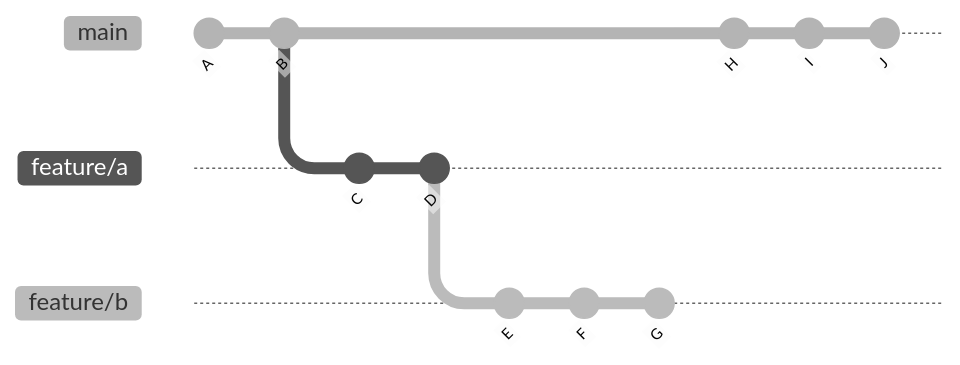
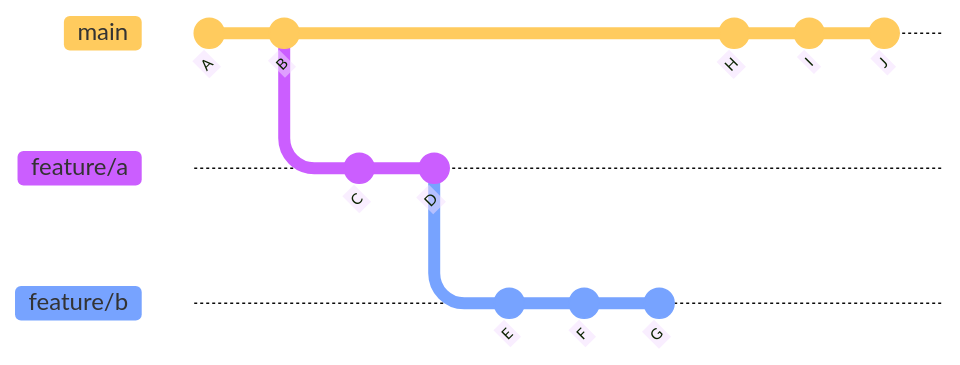
Before and after one commit to djccnt15/djccnt15.github.io: the first of 2 diagrams in docs/blog/posts/2022-11-08-git_handling_branch.md, drawn with Mermaid. The commit also changed other lines of this file and 2 other files, not shown here.

Commit message:
fix mermaid diagrams

````diff
--- a/docs/blog/posts/2022-11-08-git_handling_branch.md
+++ b/docs/blog/posts/2022-11-08-git_handling_branch.md
@@ -133,20 +133,20 @@
     ```mermaid
     ---
     config:
-        theme: 'neutral'
+        theme: 'base'
     ---
     gitGraph
         commit id: "A"
         commit id: "B"
         branch feature/a
         commit id: "C"
         commit id: "D"
         branch feature/b
         commit id: "E"
         commit id: "F"
         commit id: "G"
         checkout main
         commit id: "H"
         commit id: "I"
         commit id: "J"
     ```
````
